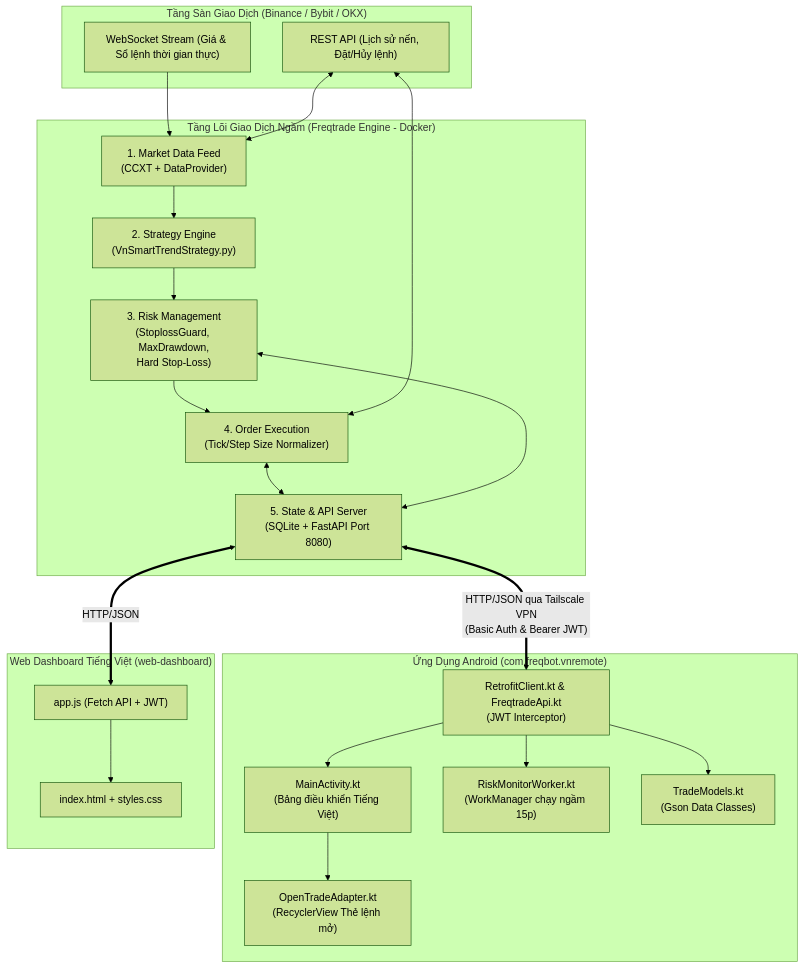
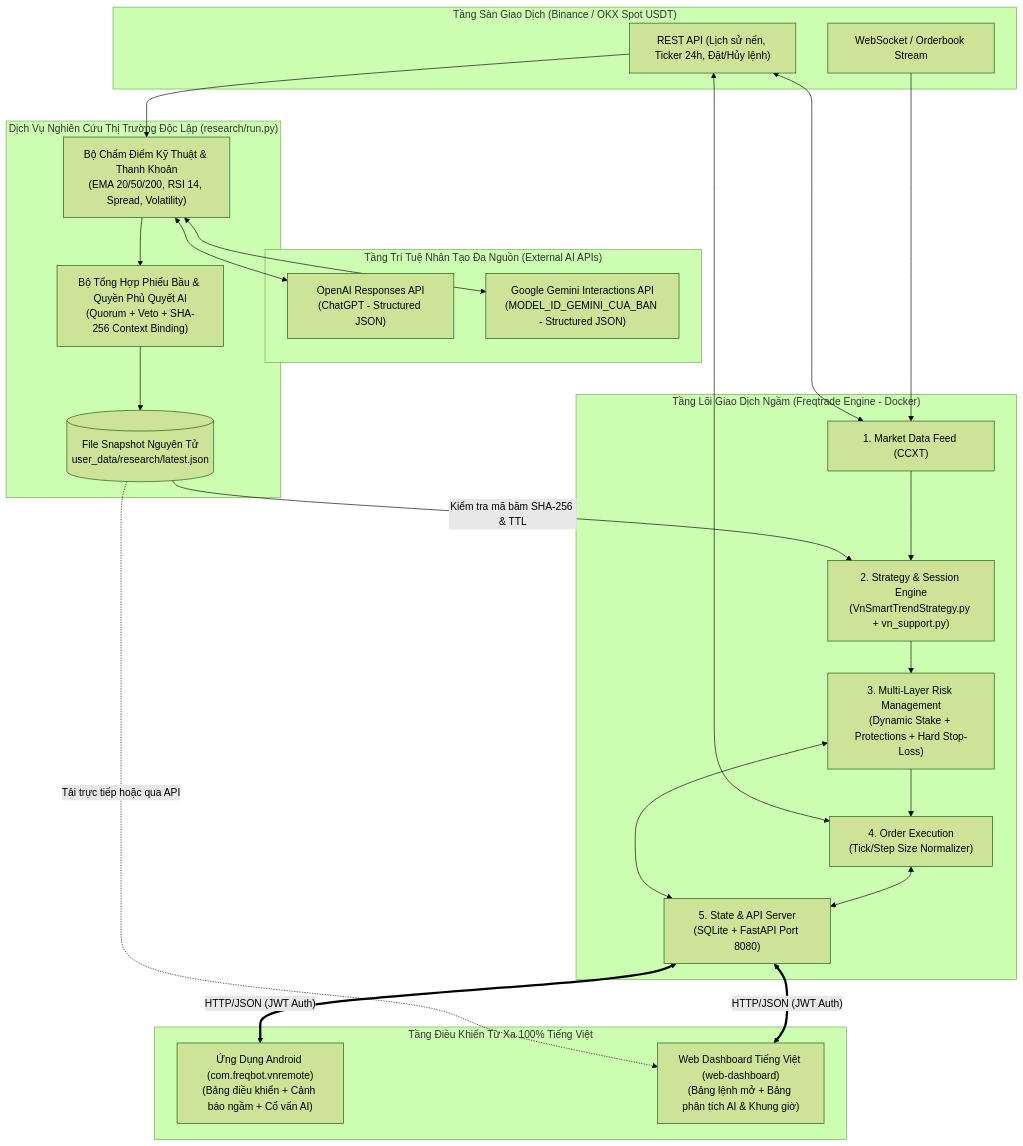
One commit to trunglc378/trade_bot changed the first of 2 diagrams in docs/04-SDS-THIET-KE-HE-THONG.md. Above: the diagram before and after it, drawn with Mermaid (forest theme). The commit also changed other lines of this file and 29 other files, not shown here.

Commit message:
feat: bo sung khung gio giao dich vang (03:00-04:00 VN), phan tich thi truong & de xuat coin da nguon AI (ChatGPT/Gemini), ho tro Binance/OKX va cap nhat tai lieu v2.0

````diff
--- a/docs/04-SDS-THIET-KE-HE-THONG.md
+++ b/docs/04-SDS-THIET-KE-HE-THONG.md
@@ -16,46 +12,48 @@
 ```mermaid
 flowchart TB
-    subgraph ExchangeLayer["Tầng Sàn Giao Dịch (Binance / Bybit / OKX)"]
-        EX_REST["REST API (Lịch sử nến, Đặt/Hủy lệnh)"]
-        EX_WS["WebSocket Stream (Giá & Sổ lệnh thời gian thực)"]
+    subgraph ExchangeLayer["Tầng Sàn Giao Dịch (Binance / OKX Spot USDT)"]
+        EX_REST["REST API (Lịch sử nến, Ticker 24h, Đặt/Hủy lệnh)"]
+        EX_WS["WebSocket / Orderbook Stream"]
+    end
+
+    subgraph AIProviders["Tầng Trí Tuệ Nhân Tạo Đa Nguồn (External AI APIs)"]
+        OPENAI["OpenAI Responses API\n(ChatGPT - Structured JSON)"]
+        GEMINI["Google Gemini Interactions API\n(MODEL_ID_GEMINI_CUA_BAN - Structured JSON)"]
+    end
+
+    subgraph ResearchWorker["Dịch Vụ Nghiên Cứu Thị Trường Độc Lập (research/run.py)"]
+        TECH["Bộ Chấm Điểm Kỹ Thuật & Thanh Khoản\n(EMA 20/50/200, RSI 14, Spread, Volatility)"]
+        QUORUM["Bộ Tổng Hợp Phiếu Bầu & Quyền Phủ Quyết AI\n(Quorum + Veto + SHA-256 Context Binding)"]
+        REPORT[("File Snapshot Nguyên Tử\nuser_data/research/latest.json")]
     end
 
     subgraph CoreEngine["Tầng Lõi Giao Dịch Ngầm (Freqtrade Engine - Docker)"]
-        MDF["1. Market Data Feed\n(CCXT + DataProvider)"]
-        STE["2. Strategy Engine\n(VnSmartTrendStrategy.py)"]
-        RKM["3. Risk Management\n(StoplossGuard, MaxDrawdown,\nHard Stop-Loss)"]
+        MDF["1. Market Data Feed (CCXT)"]
+        STE["2. Strategy & Session Engine\n(VnSmartTrendStrategy.py + vn_support.py)"]
+        RKM["3. Multi-Layer Risk Management\n(Dynamic Stake + Protections + Hard Stop-Loss)"]
         OEX["4. Order Execution\n(Tick/Step Size Normalizer)"]
         SAM["5. State & API Server\n(SQLite + FastAPI Port 8080)"]
     end
 
-    subgraph AndroidApp["Ứng Dụng Android (com.freqbot.vnremote)"]
-        UI_MAIN["MainActivity.kt\n(Bảng điều khiển Tiếng Việt)"]
-        UI_ADAPTER["OpenTradeAdapter.kt\n(RecyclerView Thẻ lệnh mở)"]
-        WORKER["RiskMonitorWorker.kt\n(WorkManager chạy ngầm 15p)"]
-        RETROFIT["RetrofitClient.kt & FreqtradeApi.kt\n(JWT Interceptor)"]
-        MODELS["TradeModels.kt\n(Gson Data Classes)"]
+    subgraph RemoteClients["Tầng Điều Khiển Từ Xa 100% Tiếng Việt"]
+        ANDROID["Ứng Dụng Android (com.freqbot.vnremote)\n(Bảng điều khiển + Cảnh báo ngầm + Cố vấn AI)"]
+        WEB["Web Dashboard Tiếng Việt (web-dashboard)\n(Bảng lệnh mở + Bảng phân tích AI & Khung giờ)"]
     end
 
-    subgraph WebApp["Web Dashboard Tiếng Việt (web-dashboard)"]
-        WEB_UI["index.html + styles.css"]
-        WEB_JS["app.js (Fetch API + JWT)"]
-    end
+    EX_REST --> TECH
+    TECH <--> OPENAI
+    TECH <--> GEMINI
+    TECH --> QUORUM --> REPORT
 
     EX_WS --> MDF
     EX_REST <--> MDF
     MDF --> STE
-    STE --> RKM
-    RKM --> OEX
-    OEX <--> EX_REST
+    REPORT -->|"Kiểm tra mã băm SHA-256 & TTL"| STE
+    STE --> RKM --> OEX <--> EX_REST
     OEX <--> SAM
     RKM <--> SAM
 
-    SAM <==>|"HTTP/JSON qua Tailscale VPN\n(Basic Auth & Bearer JWT)"| RETROFIT
-    RETROFIT --> MODELS
-    RETROFIT --> UI_MAIN
-    UI_MAIN --> UI_ADAPTER
-    RETROFIT --> WORKER
-
-    SAM <==>|"HTTP/JSON"| WEB_JS
-    WEB_JS --> WEB_UI
+    SAM <==>|"HTTP/JSON (JWT Auth)"| ANDROID
+    SAM <==>|"HTTP/JSON (JWT Auth)"| WEB
+    REPORT -.->|"Tải trực tiếp hoặc qua API"| WEB
 ```
````
